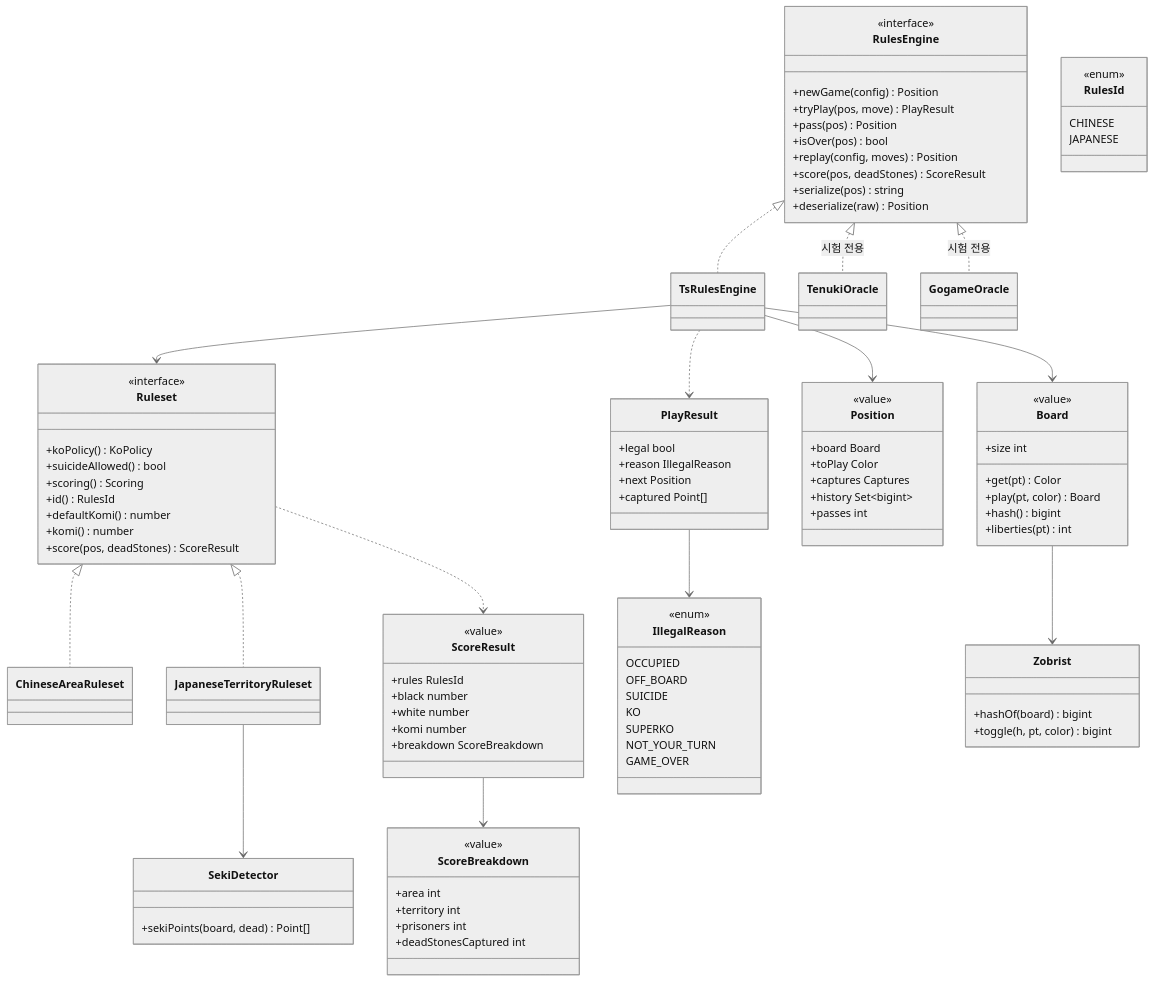
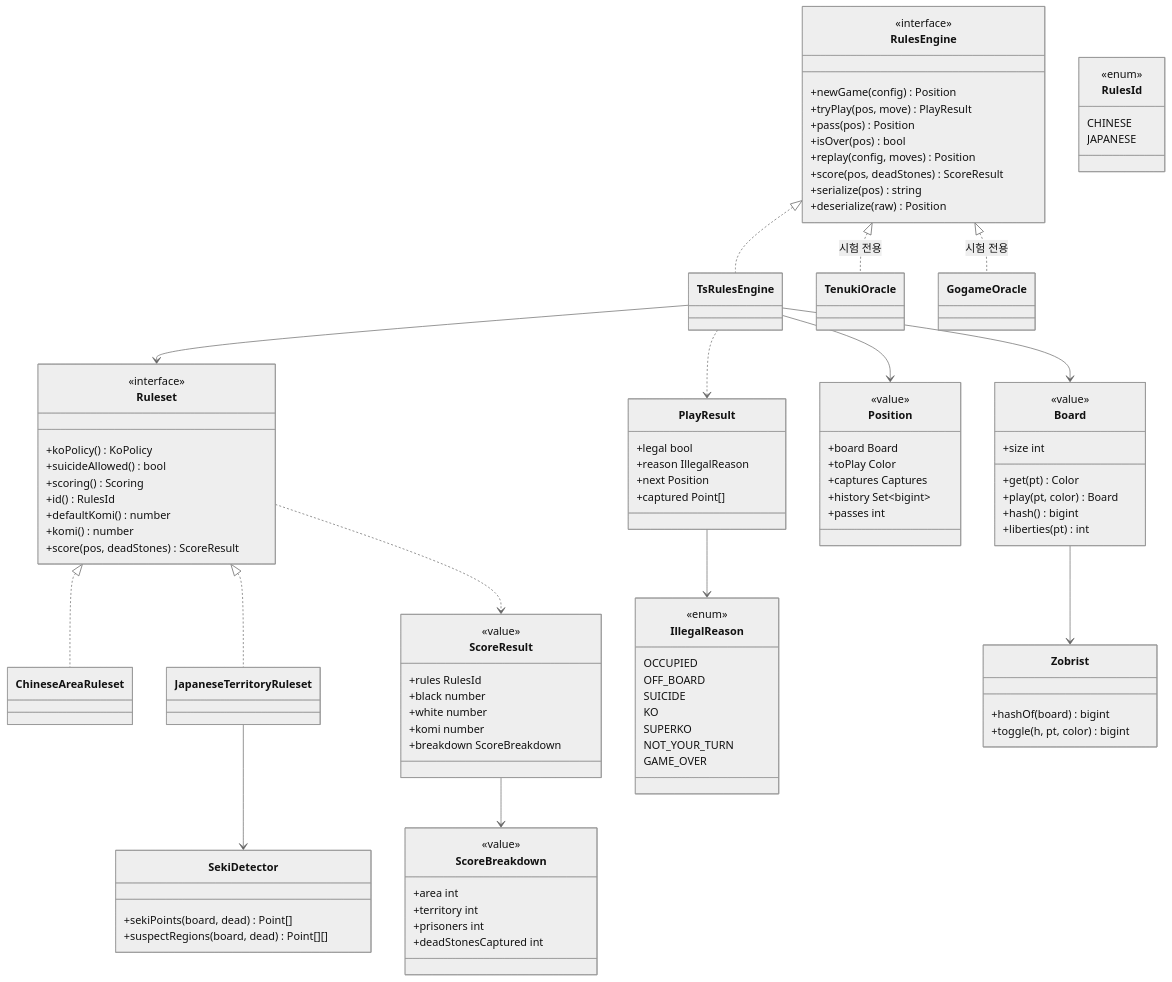
Before and after one commit to 1985jwlee/portpolio_backend: the fourth of 21 diagrams in docs/design/phases/01-baduk.md, drawn with Mermaid (neutral theme). The commit also changed other lines of this file and 33 other files, not shown here.

```diff
--- a/docs/design/phases/01-baduk.md
+++ b/docs/design/phases/01-baduk.md
@@ -225,6 +225,7 @@
     }
     class SekiDetector {
         +sekiPoints(board, dead) Point[]
+        +suspectRegions(board, dead) Point[][]
     }
     class PlayResult {
         +legal bool
```
